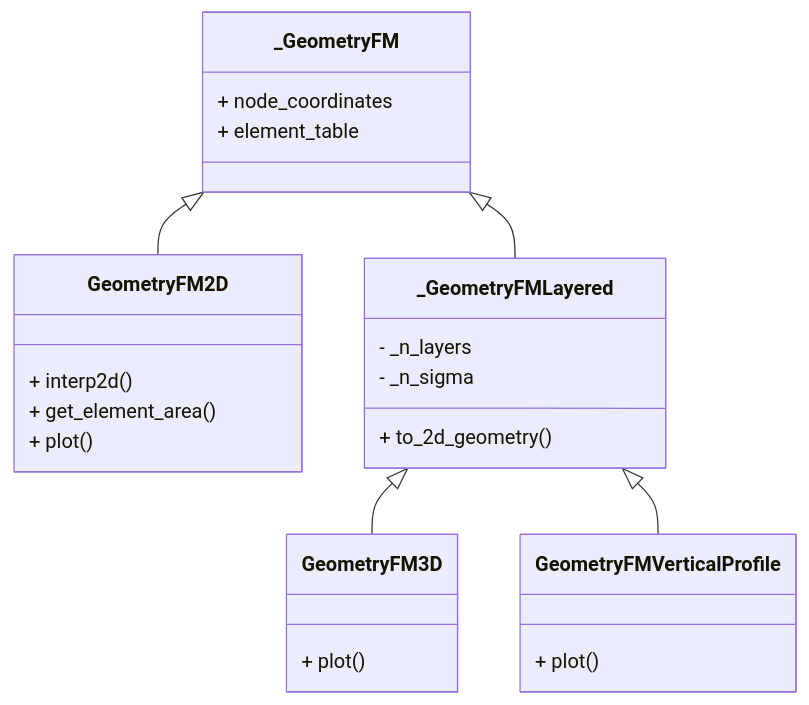
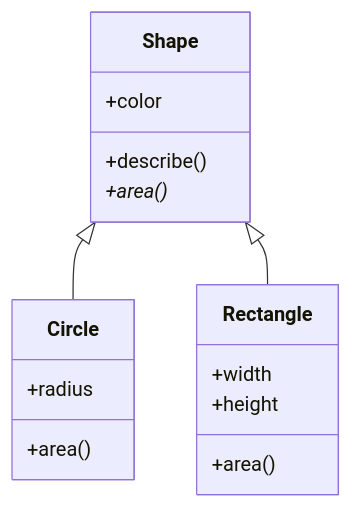
The second of 4 diagrams in 05_oop.qmd (DHI/python-package-development), drawn with Mermaid before and after one commit. The commit also changed other lines of this file, not shown here.

````diff
--- a/05_oop.qmd
+++ b/05_oop.qmd
@@ -159,32 +159,22 @@
 ```{mermaid}
 classDiagram
+    class Shape {
+        +color
+        +describe()
+        +area()*
+    }
 
-class _GeometryFM{
-+ node_coordinates
-+ element_table
-}
+    class Circle {
+        +radius
+        +area()
+    }
 
-class GeometryFM2D{
-+ interp2d()
-+ get_element_area()
-+ plot()
-}
+    class Rectangle {
+        +width
+        +height
+        +area()
+    }
 
-class _GeometryFMLayered{
-- _n_layers
-- _n_sigma
-+ to_2d_geometry()
-}
-
-class GeometryFM3D{
-+ plot()
-}
-
-class GeometryFMVerticalProfile{
-+ plot()
-}
-  _GeometryFM <|-- GeometryFM2D
-  _GeometryFM <|-- _GeometryFMLayered
-  _GeometryFMLayered <|-- GeometryFM3D
-  _GeometryFMLayered <|-- GeometryFMVerticalProfile
+    Shape <|-- Circle
+    Shape <|-- Rectangle
 ```
````
